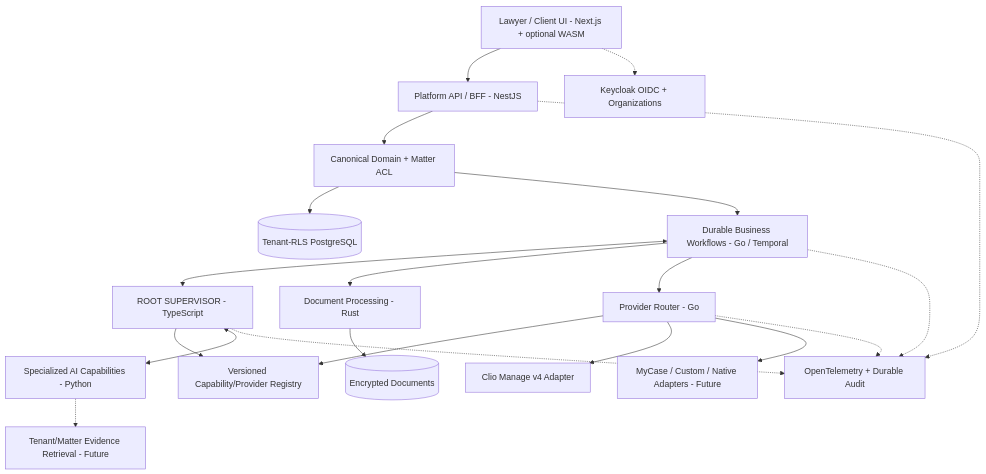
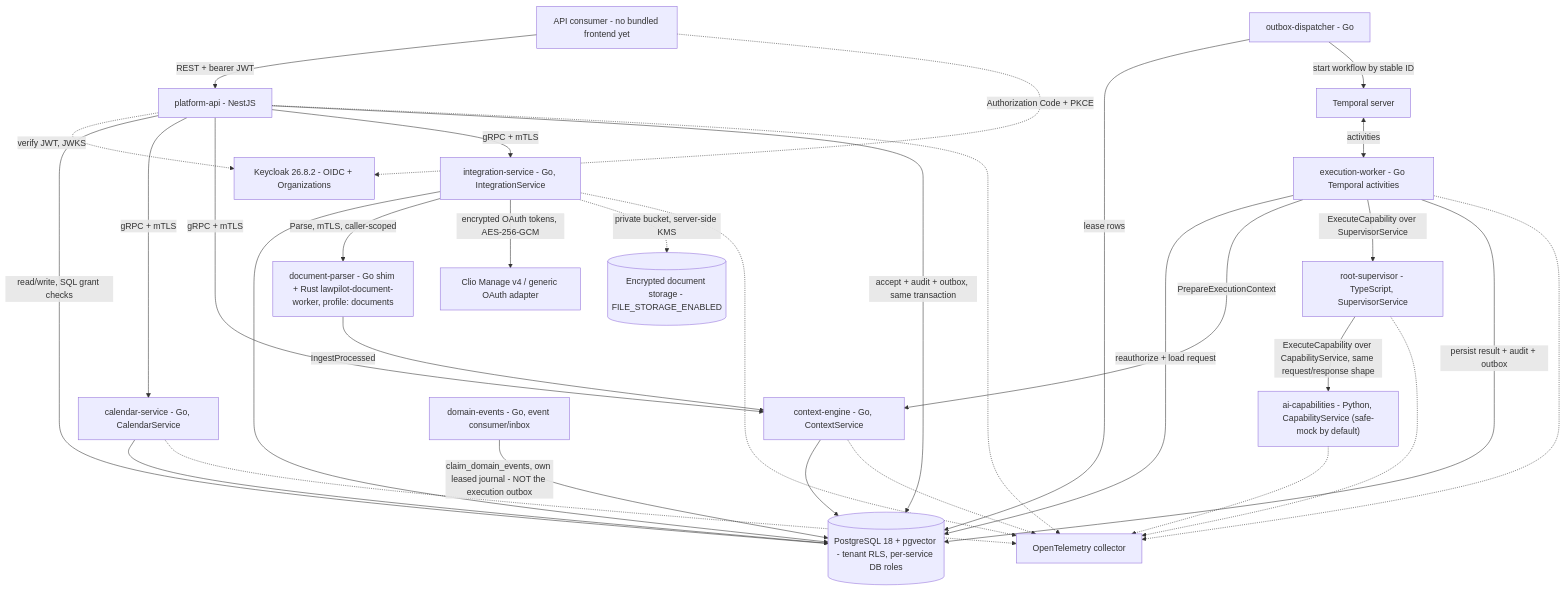
One commit to bh-premnath-git/LawPilot changed the diagram in docs/architecture.mmd. Above: the diagram before and after it, drawn with Mermaid. The commit also changed 1 other file, not shown here.

```diff
--- a/docs/architecture.mmd
+++ b/docs/architecture.mmd
@@ -1,36 +1,53 @@
 flowchart TB
- Client["Lawyer / Client UI - Next.js + optional WASM"]
- KC["Keycloak OIDC + Organizations"]
- Gateway["Platform API / BFF - NestJS"]
- Domain["Canonical Domain + Matter ACL"]
- Temporal["Durable Business Workflows - Go / Temporal"]
- Supervisor["ROOT SUPERVISOR - TypeScript"]
- Agent["Specialized AI Capabilities - Python"]
- RAG["Tenant/Matter Evidence Retrieval - Future"]
- Rust["Document Processing - Rust"]
- Registry["Versioned Capability/Provider Registry"]
- Router["Provider Router - Go"]
- Clio["Clio Manage v4 Adapter"]
- Other["MyCase / Custom / Native Adapters - Future"]
- PG[("Tenant-RLS PostgreSQL")]
- S3[("Encrypted Documents")]
- Observability["OpenTelemetry + Durable Audit"]
- Client --> Gateway
- Client -.-> KC
- Gateway --> Domain
- Domain --> PG
- Domain --> Temporal
- Temporal <--> Supervisor
- Supervisor --> Registry
- Supervisor <--> Agent
- Agent -.-> RAG
- Temporal --> Rust
- Rust --> S3
- Temporal --> Router
- Router --> Registry
- Router --> Clio
- Router --> Other
- Gateway -.-> Observability
- Temporal -.-> Observability
- Supervisor -.-> Observability
- Router -.-> Observability
+ Client["API consumer - no bundled frontend yet"]
+ KC["Keycloak 26.8.2 - OIDC + Organizations"]
+ Gateway["platform-api - NestJS"]
+ PG[("PostgreSQL 18 + pgvector - tenant RLS, per-service DB roles")]
+ Outbox["outbox-dispatcher - Go"]
+ Temporal["Temporal server"]
+ Worker["execution-worker - Go Temporal activities"]
+ Supervisor["root-supervisor - TypeScript, SupervisorService"]
+ Agent["ai-capabilities - Python, CapabilityService (safe-mock by default)"]
+ Calendar["calendar-service - Go, CalendarService"]
+ Context["context-engine - Go, ContextService"]
+ DomainEvents["domain-events - Go, event consumer/inbox"]
+ Integration["integration-service - Go, IntegrationService"]
+ DocParser["document-parser - Go shim + Rust lawpilot-document-worker, profile: documents"]
+ Clio["Clio Manage v4 / generic OAuth adapter"]
+ S3[("Encrypted document storage - FILE_STORAGE_ENABLED")]
+ Otel["OpenTelemetry collector"]
+
+ Client -->|REST + bearer JWT| Gateway
+ Client -.->|Authorization Code + PKCE| KC
+ Gateway -.->|verify JWT, JWKS| KC
+ Gateway -->|read/write, SQL grant checks| PG
+ Gateway -->|gRPC + mTLS| Calendar
+ Gateway -->|gRPC + mTLS| Context
+ Gateway -->|gRPC + mTLS| Integration
+ Gateway -->|accept + audit + outbox, same transaction| PG
+
+ Outbox -->|lease rows| PG
+ Outbox -->|start workflow by stable ID| Temporal
+ Temporal <-->|activities| Worker
+ Worker -->|reauthorize + load request| PG
+ Worker -->|PrepareExecutionContext| Context
+ Worker -->|ExecuteCapability over SupervisorService| Supervisor
+ Supervisor -->|ExecuteCapability over CapabilityService, same request/response shape| Agent
+ Worker -->|persist result + audit + outbox| PG
+
+ Calendar --> PG
+ Context --> PG
+ DomainEvents -->|claim_domain_events, own leased journal - NOT the execution outbox| PG
+ Integration --> PG
+ Integration -->|Parse, mTLS, caller-scoped| DocParser
+ Integration -->|encrypted OAuth tokens, AES-256-GCM| Clio
+ Integration -.->|private bucket, server-side KMS| S3
+ DocParser -->|IngestProcessed| Context
+
+ Gateway -.-> Otel
+ Worker -.-> Otel
+ Supervisor -.-> Otel
+ Agent -.-> Otel
+ Calendar -.-> Otel
+ Context -.-> Otel
+ Integration -.-> Otel
```
